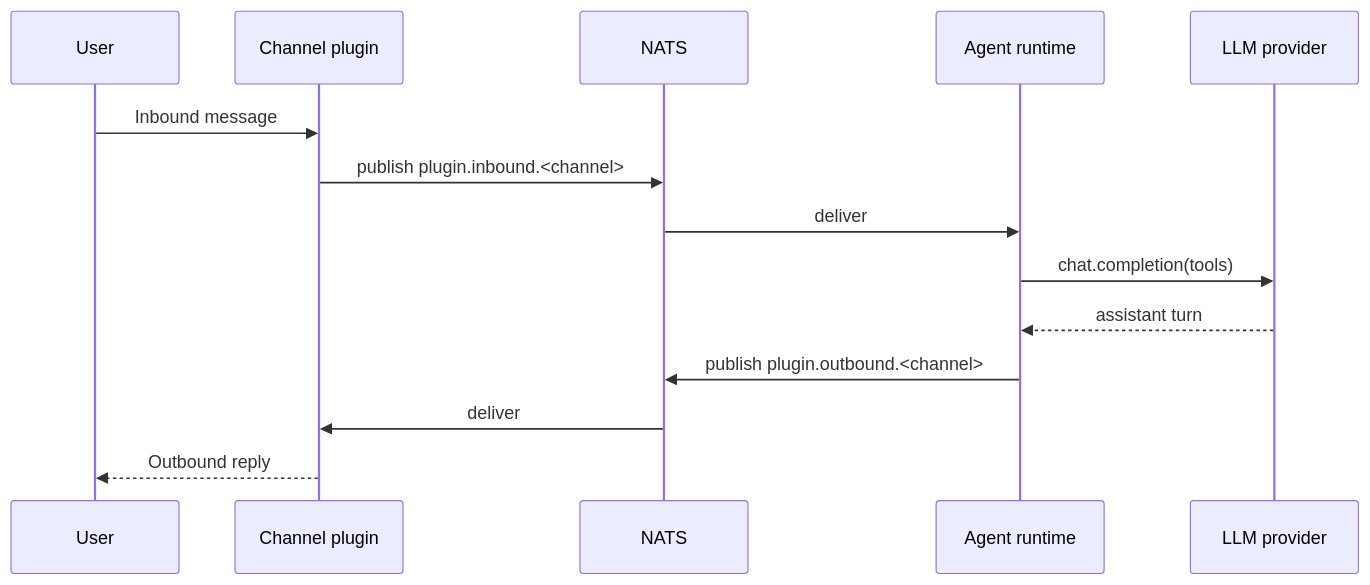
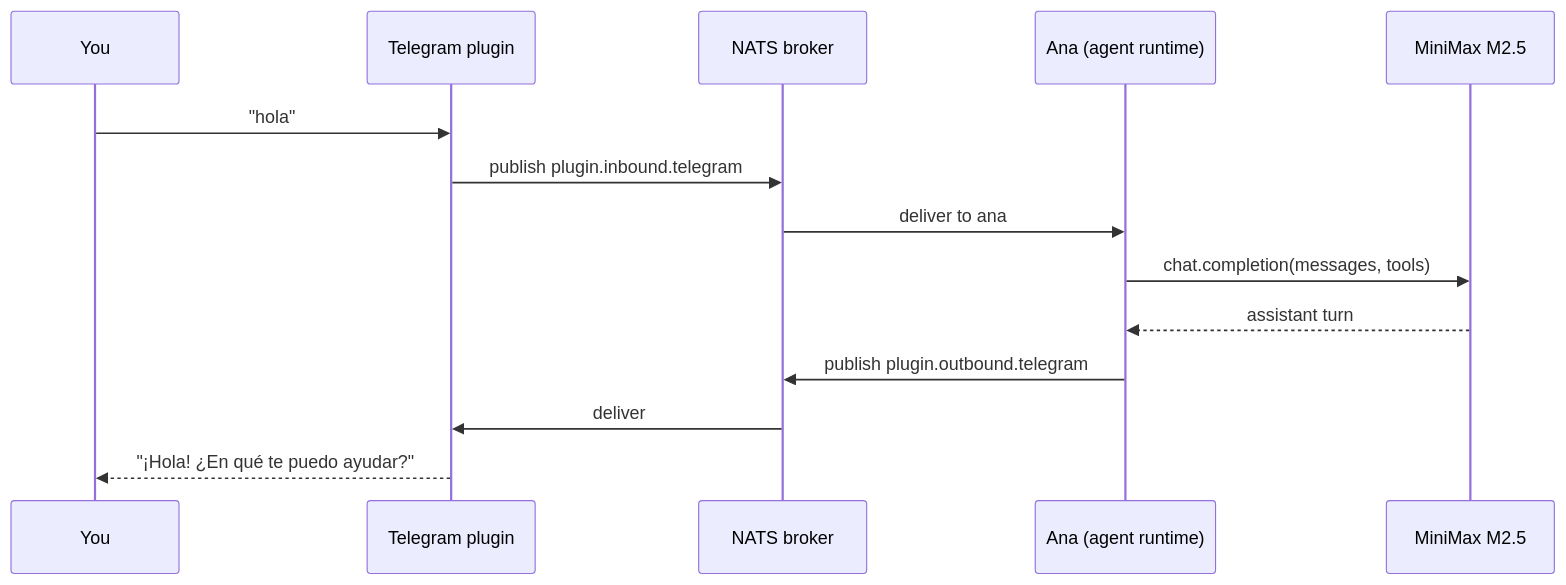
Before and after one commit to lordmacu/nexo-rs: the diagram in docs/src/getting-started/quickstart.md, drawn with Mermaid. The commit also changed other lines of this file and 3 other files, not shown here.

````diff
--- a/docs/src/getting-started/quickstart.md
+++ b/docs/src/getting-started/quickstart.md
@@ -75,17 +177,17 @@
 ```mermaid
 sequenceDiagram
-    participant U as User
-    participant CH as Channel plugin
-    participant B as NATS
-    participant A as Agent runtime
-    participant L as LLM provider
+    participant U as You
+    participant CH as Telegram plugin
+    participant B as NATS broker
+    participant A as Ana (agent runtime)
+    participant L as MiniMax M2.5
 
-    U->>CH: Inbound message
-    CH->>B: publish plugin.inbound.<channel>
-    B->>A: deliver
-    A->>L: chat.completion(tools)
+    U->>CH: "hola"
+    CH->>B: publish plugin.inbound.telegram
+    B->>A: deliver to ana
+    A->>L: chat.completion(messages, tools)
     L-->>A: assistant turn
-    A->>B: publish plugin.outbound.<channel>
+    A->>B: publish plugin.outbound.telegram
     B->>CH: deliver
-    CH-->>U: Outbound reply
+    CH-->>U: "¡Hola! ¿En qué te puedo ayudar?"
 ```
````
